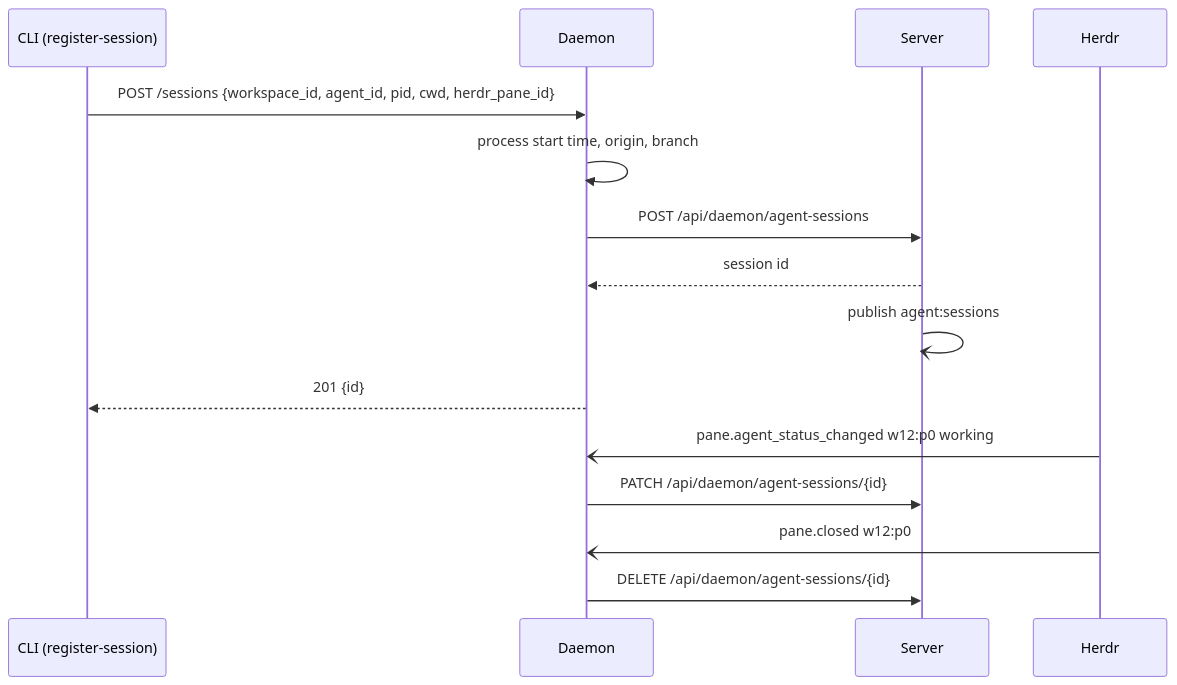
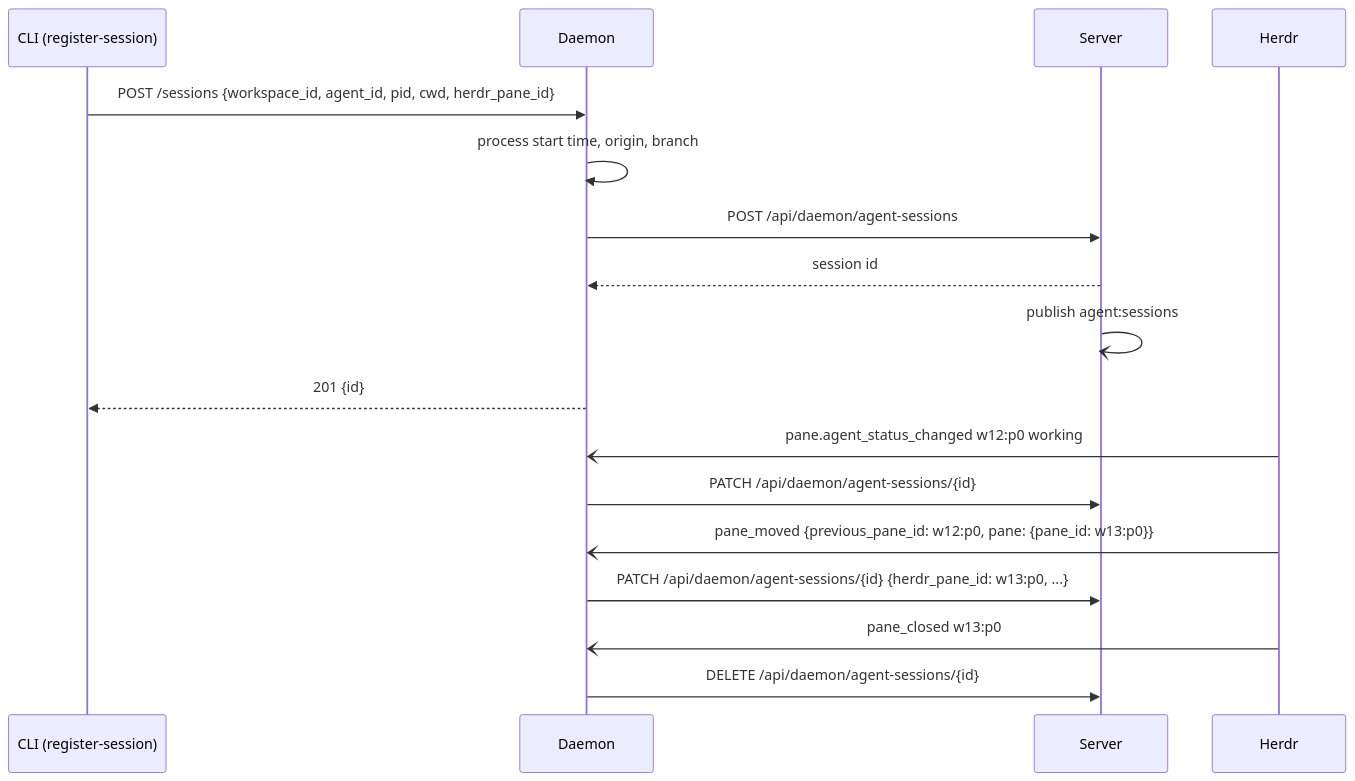
Before and after one commit to appboypov/multica: the second of 2 diagrams in specs/openspec/changes/agent-active-sessions/design.md, drawn with Mermaid. The commit also changed other lines of this file and 14 other files, not shown here.

Commit message:
feat: expose and follow active agent sessions (WORK-1087)

````diff
--- a/specs/openspec/changes/agent-active-sessions/design.md
+++ b/specs/openspec/changes/agent-active-sessions/design.md
@@ -16,17 +19,19 @@
 ```mermaid
 sequenceDiagram
   participant C as CLI (register-session)
   participant D as Daemon
   participant S as Server
   participant H as Herdr
   C->>D: POST /sessions {workspace_id, agent_id, pid, cwd, herdr_pane_id}
   D->>D: process start time, origin, branch
   D->>S: POST /api/daemon/agent-sessions
   S-->>D: session id
   S-)S: publish agent:sessions
   D-->>C: 201 {id}
   H-)D: pane.agent_status_changed w12:p0 working
   D->>S: PATCH /api/daemon/agent-sessions/{id}
-  H-)D: pane.closed w12:p0
+  H-)D: pane_moved {previous_pane_id: w12:p0, pane: {pane_id: w13:p0}}
+  D->>S: PATCH /api/daemon/agent-sessions/{id} {herdr_pane_id: w13:p0, ...}
+  H-)D: pane_closed w13:p0
   D->>S: DELETE /api/daemon/agent-sessions/{id}
 ```
````
